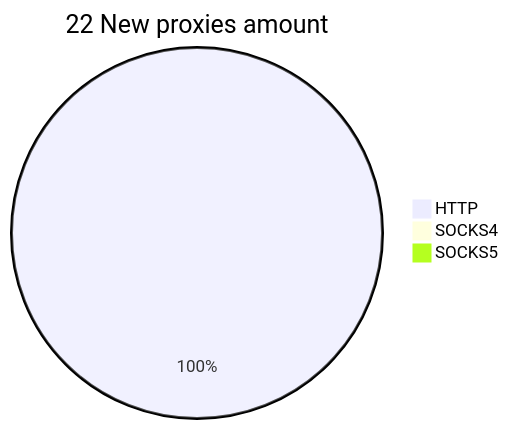
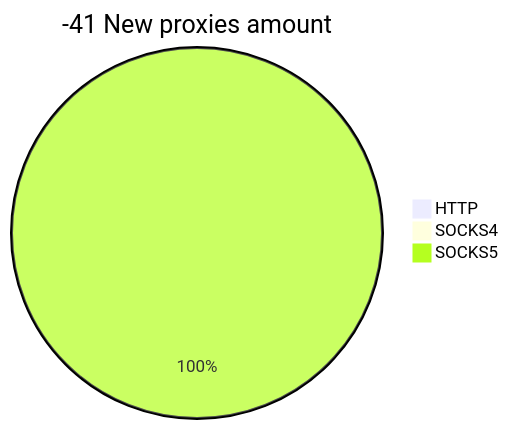
One commit to cutipu/proxylist changed the second of 2 diagrams in README.md. Above: the diagram before and after it, drawn with Mermaid. The commit also changed other lines of this file, not shown here.

````diff
--- a/README.md
+++ b/README.md
@@ -10,6 +10,6 @@
 ```mermaid
-pie title 22 New proxies amount
-    "HTTP" : 22
+pie title -41 New proxies amount
+    "HTTP" : 0
     "SOCKS4" : 0
-    "SOCKS5" : 0
+    "SOCKS5" : 1
 ```
````
